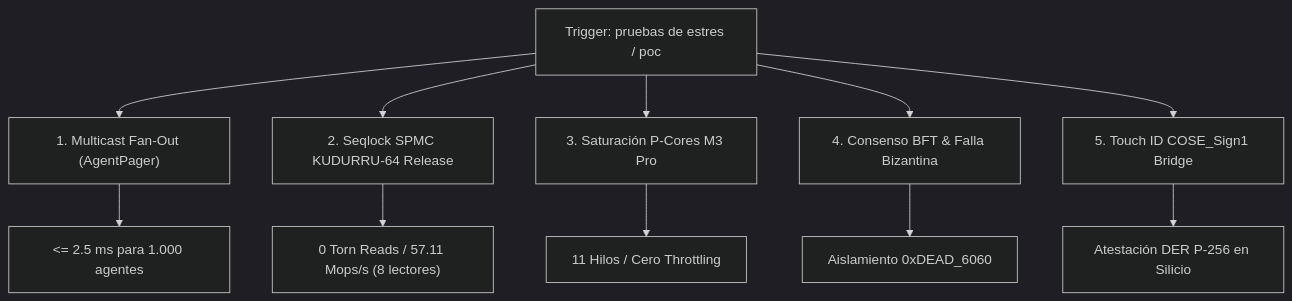
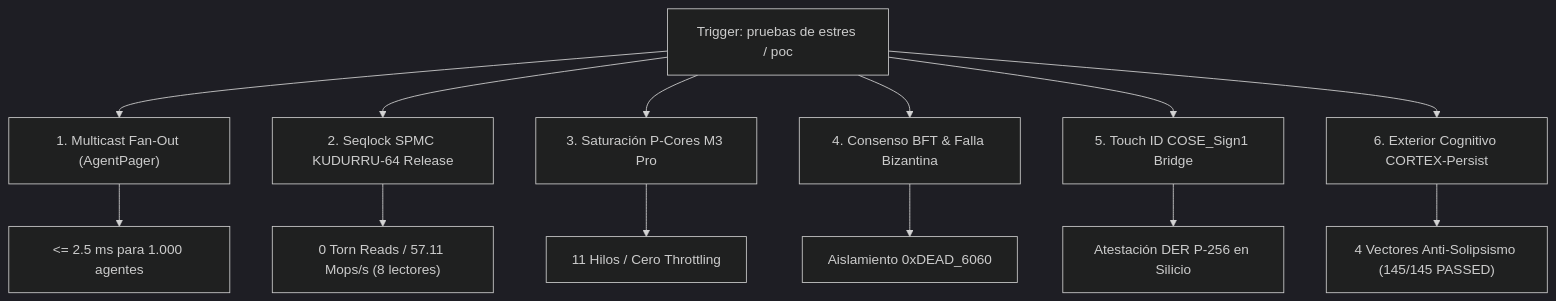
One commit to borjamoskv/cortex-persist changed the diagram in skills/c5-silicon-stress-suite/SKILL.md. Above: the diagram before and after it, drawn with Mermaid (dark theme). The commit also changed other lines of this file and 1 other file, not shown here.

Commit message:
feat(learned): formalizar arnes de exterior cognitivo en cortex-persist

````diff
--- a/skills/c5-silicon-stress-suite/SKILL.md
+++ b/skills/c5-silicon-stress-suite/SKILL.md
@@ -32,14 +32,16 @@
 ```mermaid
 graph TD
     A["Trigger: pruebas de estres / poc"] --> B1["1. Multicast Fan-Out (AgentPager)"]
     A --> B2["2. Seqlock SPMC KUDURRU-64 Release"]
     A --> B3["3. Saturación P-Cores M3 Pro"]
     A --> B4["4. Consenso BFT & Falla Bizantina"]
     A --> B5["5. Touch ID COSE_Sign1 Bridge"]
+    A --> B6["6. Exterior Cognitivo CORTEX-Persist"]
 
     B1 --> C1["<= 2.5 ms para 1.000 agentes"]
     B2 --> C2["0 Torn Reads / 57.11 Mops/s (8 lectores)"]
     B3 --> C3["11 Hilos / Cero Throttling"]
     B4 --> C4["Aislamiento 0xDEAD_6060"]
     B5 --> C5["Atestación DER P-256 en Silicio"]
+    B6 --> C6["4 Vectores Anti-Solipsismo (145/145 PASSED)"]
 ```
````
